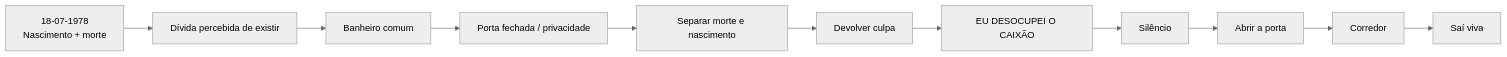
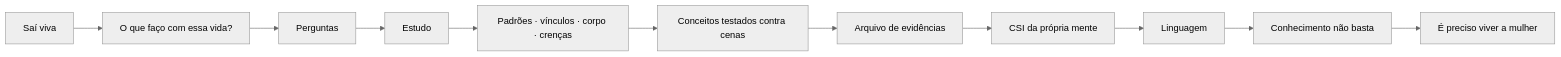
One commit to Sollimastudio/trilogia-sol-lima changed the second of 4 diagrams in 01_MORTE_EM_VIDA/MAPA_VISUAL_PARTE_IV_ATUAL.md. Above: the diagram before and after it, drawn with Mermaid (neutral theme). The commit also changed other lines of this file, not shown here.

````diff
--- a/01_MORTE_EM_VIDA/MAPA_VISUAL_PARTE_IV_ATUAL.md
+++ b/01_MORTE_EM_VIDA/MAPA_VISUAL_PARTE_IV_ATUAL.md
@@ -32,13 +18,13 @@
 ```mermaid
 flowchart LR
-A[18-07-1978\nNascimento + morte] --> B[Dívida percebida de existir]
-B --> C[Banheiro comum]
-C --> D[Porta fechada / privacidade]
-D --> E[Separar morte e nascimento]
-E --> F[Devolver culpa]
-F --> G[EU DESOCUPEI O CAIXÃO]
-G --> H[Silêncio]
-H --> I[Abrir a porta]
-I --> J[Corredor]
-J --> K[Saí viva]
+A[Saí viva] --> B[O que faço com essa vida?]
+B --> C[Perguntas]
+C --> D[Estudo]
+D --> E[Padrões · vínculos · corpo · crenças]
+E --> F[Conceitos testados contra cenas]
+F --> G[Arquivo de evidências]
+G --> H[CSI da própria mente]
+H --> I[Linguagem]
+I --> J[Conhecimento não basta]
+J --> K[É preciso viver a mulher]
 ```
````
